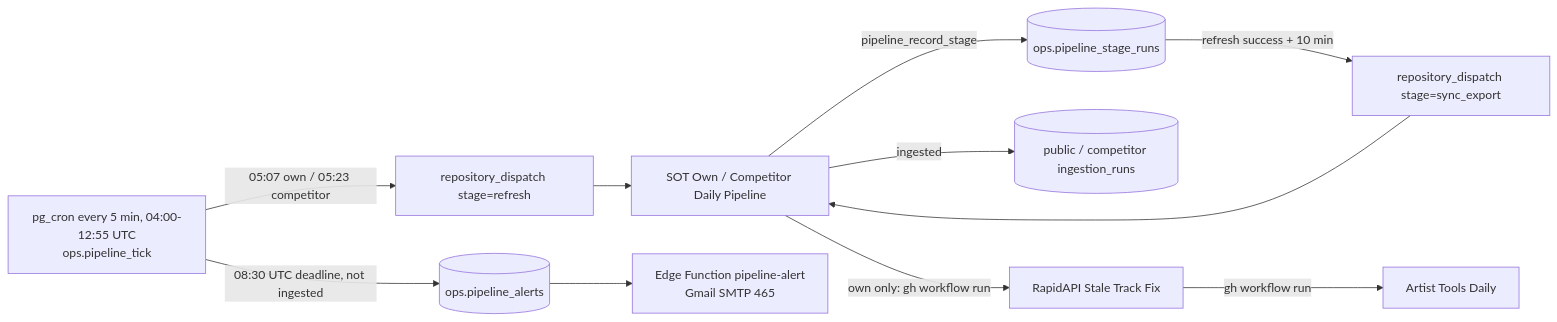
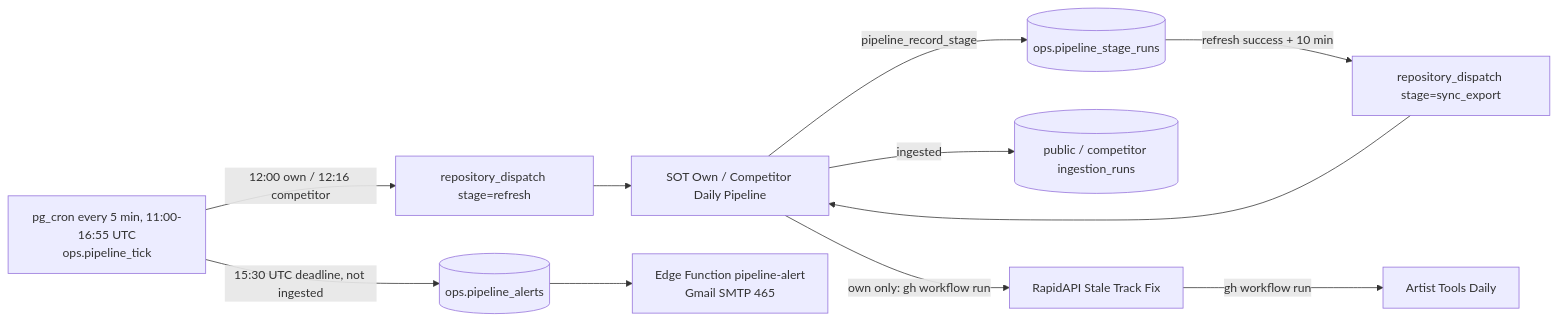
The diagram in docs/DAILY-PIPELINE.md (niksaxena1/StreamBase), drawn with Mermaid before and after one commit. The commit also changed other lines of this file and 11 other files, not shown here.

First line of the commit message:
Move the daily pipeline to 12:00 UTC (16:00 Abu Dhabi)

````diff
--- a/docs/DAILY-PIPELINE.md
+++ b/docs/DAILY-PIPELINE.md
@@ -10,12 +12,12 @@
 ```mermaid
 flowchart LR
-  Tick[pg_cron every 5 min, 04:00-12:55 UTC<br/>ops.pipeline_tick] -->|05:07 own / 05:23 competitor| R[repository_dispatch stage=refresh]
+  Tick[pg_cron every 5 min, 11:00-16:55 UTC<br/>ops.pipeline_tick] -->|12:00 own / 12:16 competitor| R[repository_dispatch stage=refresh]
   R --> WF[SOT Own / Competitor Daily Pipeline]
   WF -->|pipeline_record_stage| Stages[(ops.pipeline_stage_runs)]
   Stages -->|refresh success + 10 min| S[repository_dispatch stage=sync_export]
   S --> WF
   WF -->|ingested| Ingest[(public / competitor ingestion_runs)]
   WF -->|own only: gh workflow run| Fix[RapidAPI Stale Track Fix]
   Fix -->|gh workflow run| Artist[Artist Tools Daily]
-  Tick -->|08:30 UTC deadline, not ingested| Alert[(ops.pipeline_alerts)] --> Mail[Edge Function pipeline-alert<br/>Gmail SMTP 465]
+  Tick -->|15:30 UTC deadline, not ingested| Alert[(ops.pipeline_alerts)] --> Mail[Edge Function pipeline-alert<br/>Gmail SMTP 465]
 ```
````
